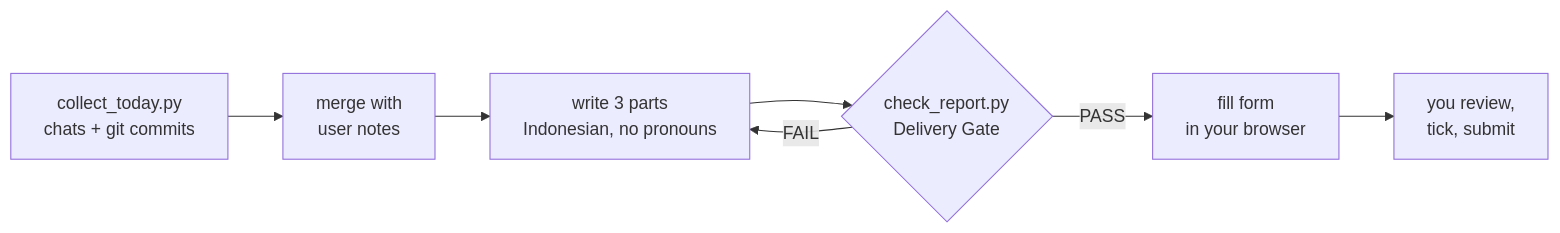
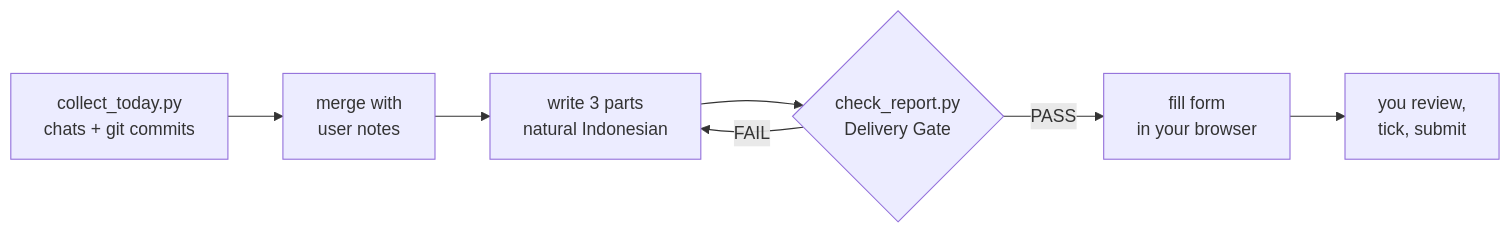
The diagram in README.md (raditsoic/maganghub-autofill), drawn with Mermaid before and after one commit. The commit also changed other lines of this file and 4 other files, not shown here.

````diff
--- a/README.md
+++ b/README.md
@@ -34,9 +34,9 @@
 ```mermaid
 flowchart LR
     A[collect_today.py<br/>chats + git commits] --> B[merge with<br/>user notes]
-    B --> C[write 3 parts<br/>Indonesian, no pronouns]
+    B --> C[write 3 parts<br/>natural Indonesian]
     C --> D{check_report.py<br/>Delivery Gate}
     D -- FAIL --> C
     D -- PASS --> E[fill form<br/>in your browser]
     E --> F[you review,<br/>tick, submit]
 ```
````
